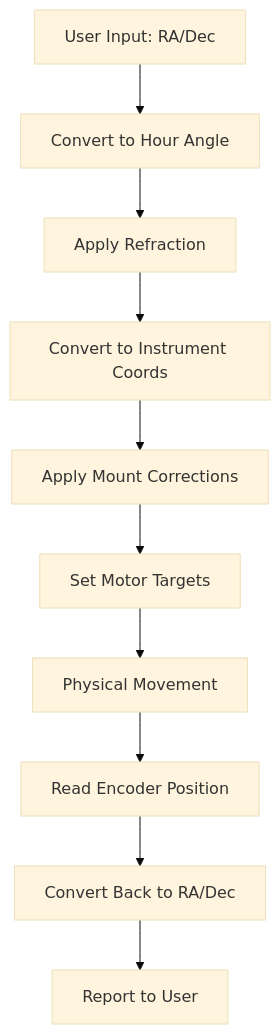
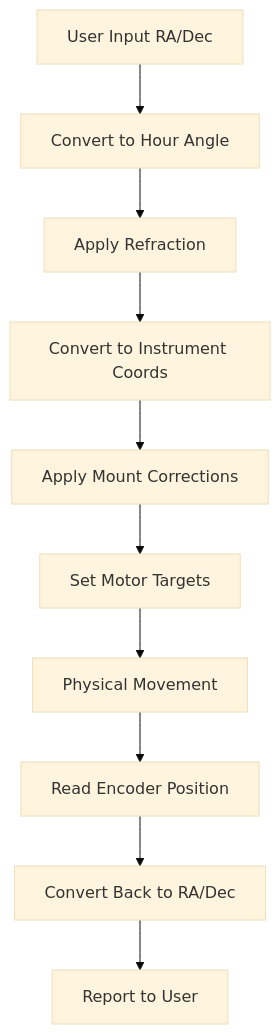
The fourth of 7 diagrams in doc/architecture.md (VincentJGeisler/OnStep), drawn with Mermaid (base theme) before and after one commit. The commit also changed other lines of this file and 2 other files, not shown here.

First line of the commit message:
Fix Mermaid syntax for GitHub compatibility

````diff
--- a/doc/architecture.md
+++ b/doc/architecture.md
@@ -185,12 +185,12 @@
 ```mermaid
 graph TD
-    A[User Input: RA/Dec] --> B[Convert to Hour Angle]
-    B --> C[Apply Refraction]
-    C --> D[Convert to Instrument Coords]
-    D --> E[Apply Mount Corrections]
-    E --> F[Set Motor Targets]
-    F --> G[Physical Movement]
-    G --> H[Read Encoder Position]
-    H --> I[Convert Back to RA/Dec]
-    I --> J[Report to User]
+    A[User Input RA/Dec] --> B[Convert to Hour Angle];
+    B --> C[Apply Refraction];
+    C --> D[Convert to Instrument Coords];
+    D --> E[Apply Mount Corrections];
+    E --> F[Set Motor Targets];
+    F --> G[Physical Movement];
+    G --> H[Read Encoder Position];
+    H --> I[Convert Back to RA/Dec];
+    I --> J[Report to User];
 ```
````
